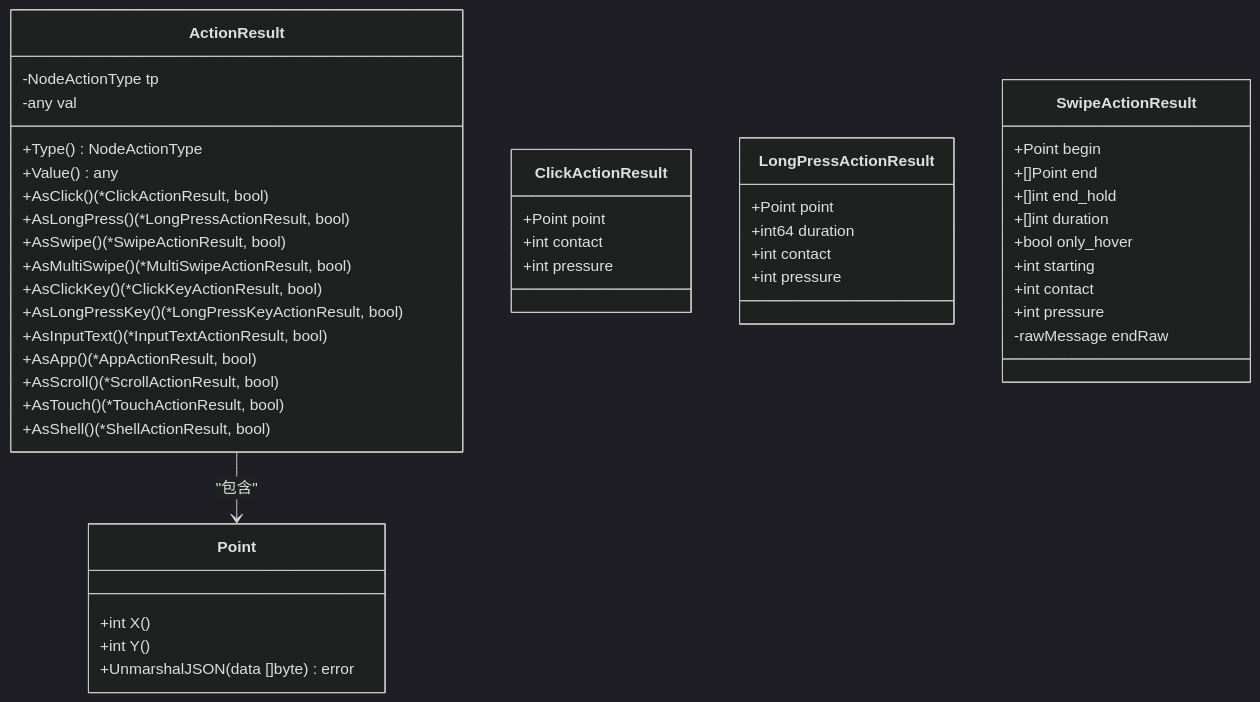
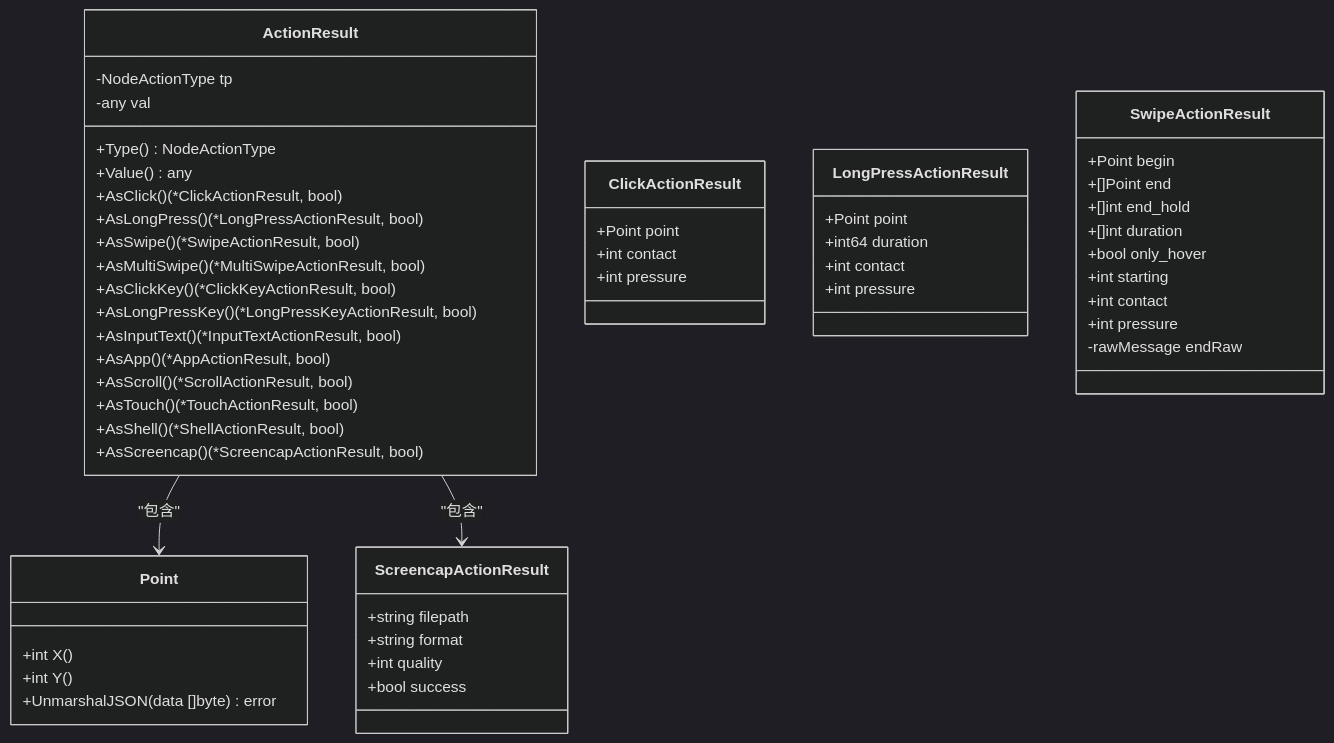
One commit to kqcoxn/MaaPipelineEditor changed the eighth of 11 diagrams in .qoder/repowiki/zh/content/API 参考/maafw-golang API 参考.md. Above: the diagram before and after it, drawn with Mermaid (dark theme). The commit also changed other lines of this file and 14 other files, not shown here.

````diff
--- a/.qoder/repowiki/zh/content/API 参考/maafw-golang API 参考.md
+++ b/.qoder/repowiki/zh/content/API 参考/maafw-golang API 参考.md
@@ -519,48 +540,56 @@
 ```mermaid
 classDiagram
 class ActionResult {
 -NodeActionType tp
 -any val
 +Type() NodeActionType
 +Value() any
 +AsClick() (*ClickActionResult, bool)
 +AsLongPress() (*LongPressActionResult, bool)
 +AsSwipe() (*SwipeActionResult, bool)
 +AsMultiSwipe() (*MultiSwipeActionResult, bool)
 +AsClickKey() (*ClickKeyActionResult, bool)
 +AsLongPressKey() (*LongPressKeyActionResult, bool)
 +AsInputText() (*InputTextActionResult, bool)
 +AsApp() (*AppActionResult, bool)
 +AsScroll() (*ScrollActionResult, bool)
 +AsTouch() (*TouchActionResult, bool)
 +AsShell() (*ShellActionResult, bool)
++AsScreencap() (*ScreencapActionResult, bool)
 }
 class Point {
 +int X()
 +int Y()
 +UnmarshalJSON(data []byte) error
 }
 class ClickActionResult {
 +Point point
 +int contact
 +int pressure
 }
 class LongPressActionResult {
 +Point point
 +int64 duration
 +int contact
 +int pressure
 }
 class SwipeActionResult {
 +Point begin
 +[]Point end
 +[]int end_hold
 +[]int duration
 +bool only_hover
 +int starting
 +int contact
 +int pressure
 -rawMessage endRaw
 }
+class ScreencapActionResult {
++string filepath
++string format
++int quality
++bool success
+}
 ActionResult --> Point : "包含"
+ActionResult --> ScreencapActionResult : "包含"
 ```
````
